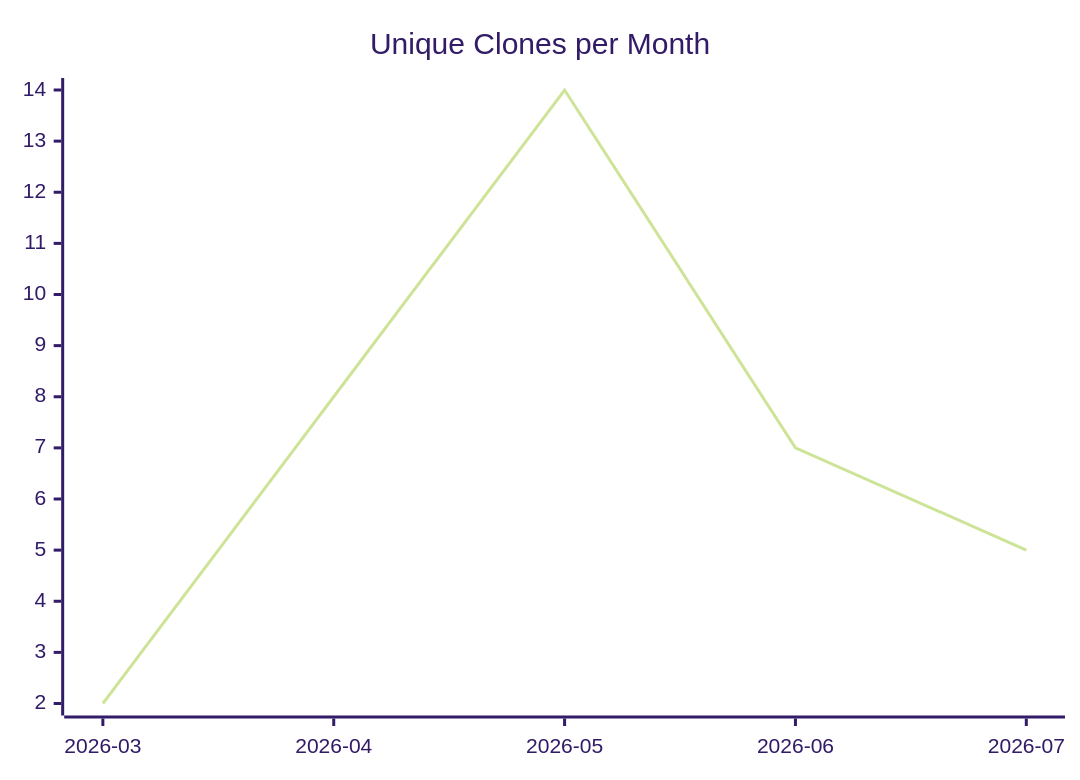
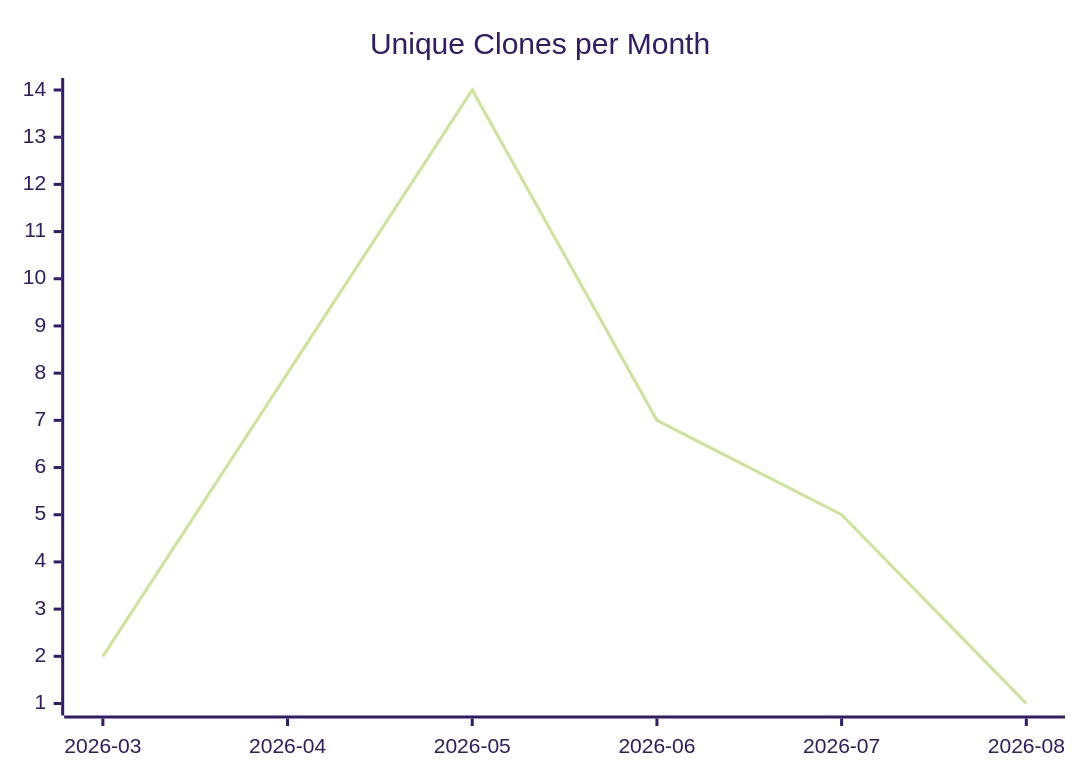
The third of 3 diagrams in karlmdavis/hello-rust-actix/README.md (justdavis-family/github-analytics-data), drawn with Mermaid (forest theme) before and after one commit. The commit also changed other lines of this file and 180 other files, not shown here.

````diff
--- a/karlmdavis/hello-rust-actix/README.md
+++ b/karlmdavis/hello-rust-actix/README.md
@@ -19,6 +19,6 @@
 ```mermaid
 xychart-beta
   title "Unique Clones per Month"
-  x-axis ["2026-03", "2026-04", "2026-05", "2026-06", "2026-07"]
-  line [2, 8, 14, 7, 5]
+  x-axis ["2026-03", "2026-04", "2026-05", "2026-06", "2026-07", "2026-08"]
+  line [2, 8, 14, 7, 5, 1]
 ```
````
